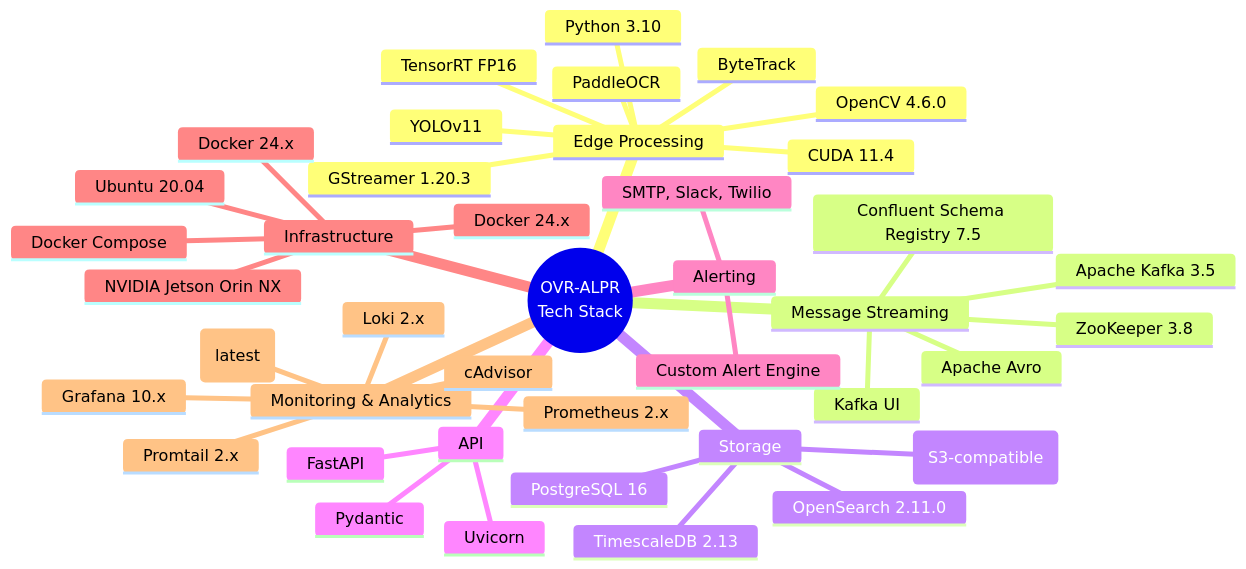
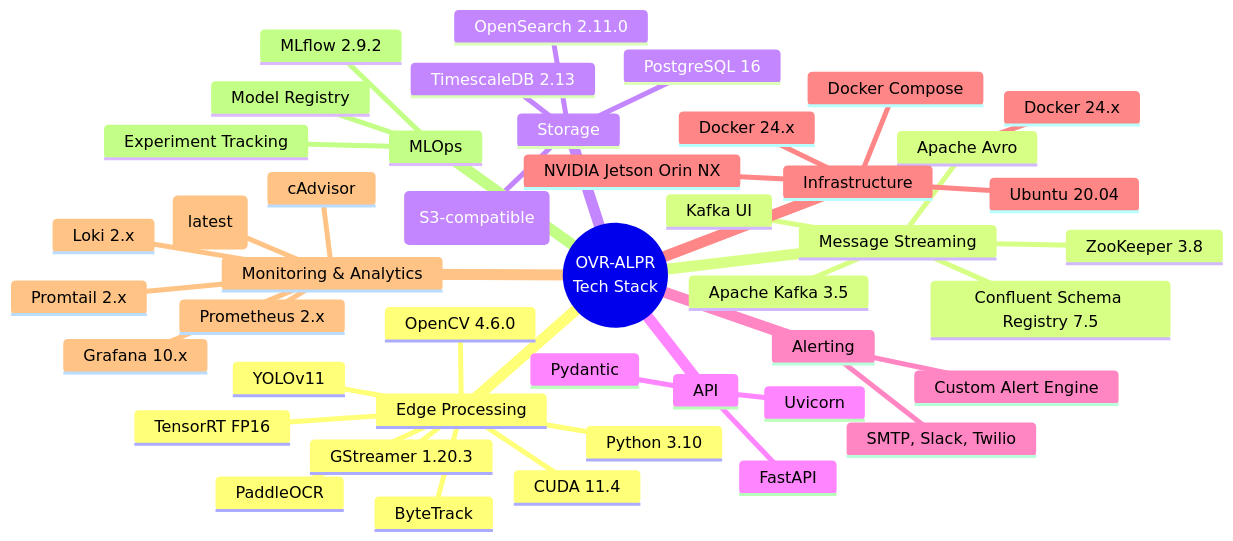
The seventh of 9 diagrams in docs/alpr/project-architecture-chart.md (Azhundev/oversight-alpr-app), drawn with Mermaid before and after one commit. The commit also changed other lines of this file and 5 other files, not shown here.

````diff
--- a/docs/alpr/project-architecture-chart.md
+++ b/docs/alpr/project-architecture-chart.md
@@ -363,44 +377,48 @@
 ```mermaid
 mindmap
   root((OVR-ALPR<br/>Tech Stack))
     Edge Processing
       Python 3.10
       YOLOv11
       TensorRT FP16
       PaddleOCR
       ByteTrack
       OpenCV 4.6.0
       GStreamer 1.20.3
       CUDA 11.4
     Message Streaming
       Apache Kafka 3.5
       Confluent Schema Registry 7.5
       Apache Avro
       ZooKeeper 3.8
       Kafka UI
     Storage
       TimescaleDB 2.13
       PostgreSQL 16
       MinIO (S3-compatible)
       OpenSearch 2.11.0
     API
       FastAPI
       Uvicorn
       Pydantic
     Alerting
       Custom Alert Engine
       SMTP, Slack, Twilio
     Infrastructure
       Docker 24.x
       Docker 24.x
       Docker Compose
       NVIDIA Jetson Orin NX
       Ubuntu 20.04
     Monitoring & Analytics
       Prometheus 2.x
       Grafana 10.x
       Metabase (latest)
       Loki 2.x
       Promtail 2.x
       cAdvisor
+    MLOps
+      MLflow 2.9.2
+      Model Registry
+      Experiment Tracking
 ```
````
